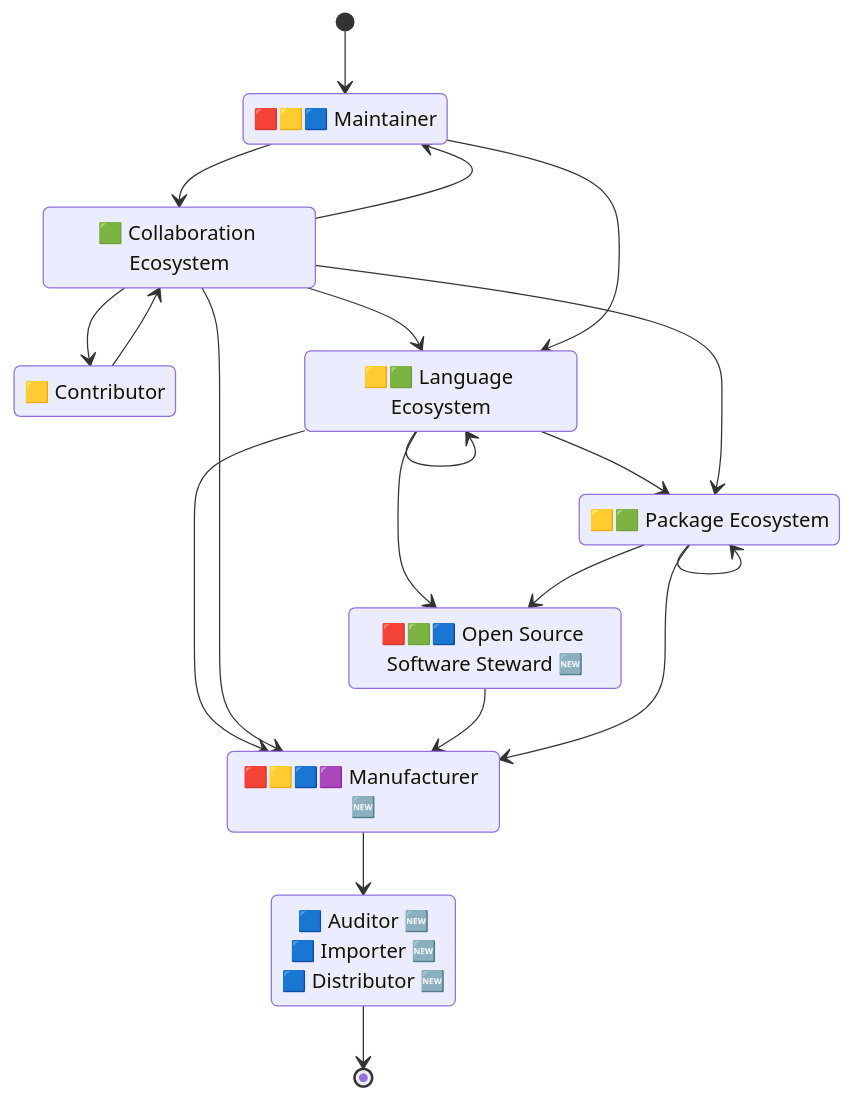
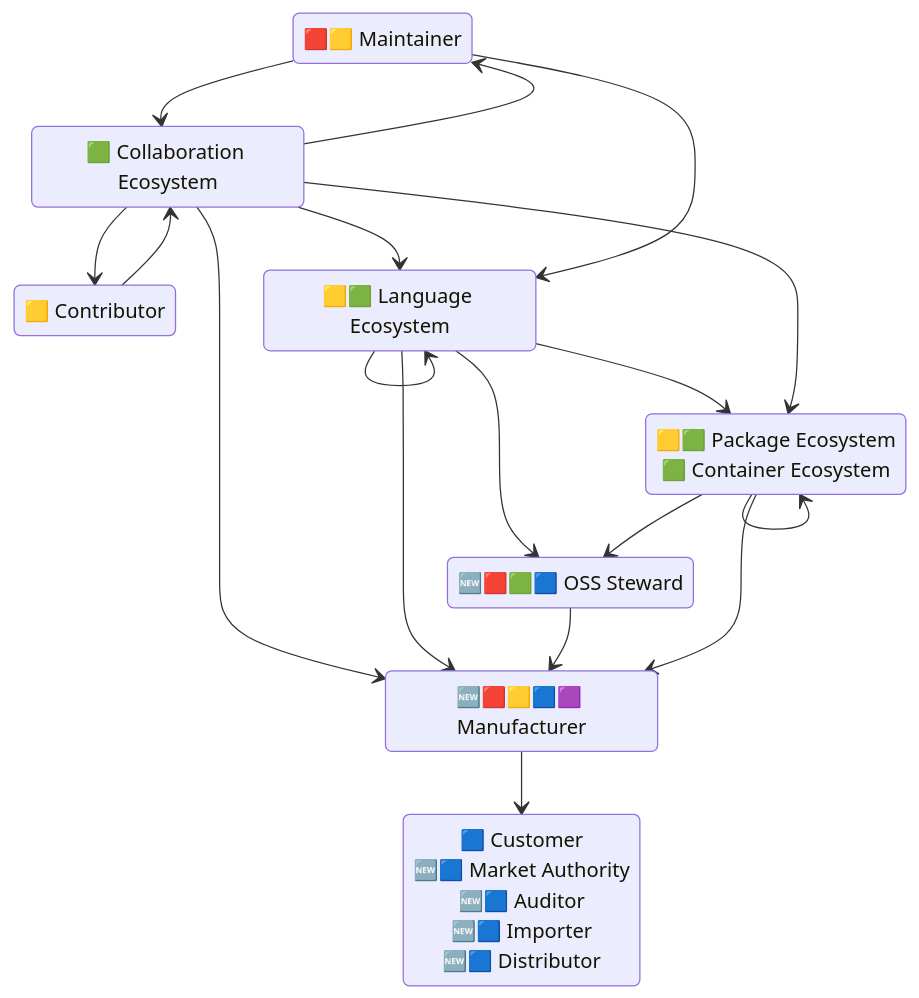
One commit to CPAN-Security/security.metacpan.org changed the second of 6 diagrams in docs/supplychain-sbom.md. Above: the diagram before and after it, drawn with Mermaid.

Commit message:
Update simplified CRA graph to match with FOSDEM talk's graph

````diff
--- a/docs/supplychain-sbom.md
+++ b/docs/supplychain-sbom.md
@@ -126,36 +126,43 @@
 ```mermaid
 stateDiagram-v2
     direction TB
 
-    state "🟥🟨🟦 Maintainer" as environment_maintainer
+    state "🟥🟨 Maintainer" as environment_maintainer
     state "🟨 Contributor" as environment_contributor
     state "🟩 Collaboration Ecosystem" as ecosystem_repo
     state "🟨🟩 Language Ecosystem" as ecosystem_lang
-    state "🟨🟩 Package Ecosystem" as ecosystem_package
-    state "🟥🟩🟦 Open Source Software Steward 🆕" as ecosystem_steward
-    state "🟥🟨🟦🟪 Manufacturer 🆕" as environment_manufacturer
-    state "🟦 Auditor 🆕<br>🟦 Importer 🆕<br>🟦 Distributor 🆕" as authority_auditor
+    state "🟨🟩 Package Ecosystem<br>🟩 Container Ecosystem" as ecosystem_package
+    %%state "🟨🟩 Package Ecosystem" as ecosystem_package
+    %%state "🟩 Container Ecosystem" as ecosystem_container
+    state "🆕🟥🟩🟦 OSS Steward" as ecosystem_steward
+    state "🆕🟥🟨🟦🟪 Manufacturer" as environment_manufacturer
+    state "🟦 Customer<br>🆕🟦 Market Authority<br>🆕🟦 Auditor<br>🆕🟦 Importer<br>🆕🟦 Distributor" as authority_auditor
 
-    [*]                      --> environment_maintainer
+    %%[*]                      --> environment_maintainer
     ecosystem_repo           --> environment_maintainer
-    ecosystem_repo           --> environment_contributor
     ecosystem_lang           --> ecosystem_package
-    ecosystem_lang           --> environment_manufacturer
     ecosystem_repo           --> ecosystem_package
     ecosystem_repo           --> ecosystem_lang
+    %%ecosystem_repo           --> ecosystem_container
     ecosystem_repo           --> environment_manufacturer
+    ecosystem_repo           --> environment_contributor
+    environment_contributor  --> ecosystem_repo
+    environment_maintainer   --> ecosystem_lang
     environment_maintainer   --> ecosystem_repo
-    environment_maintainer   --> ecosystem_lang
-    environment_contributor  --> ecosystem_repo
-    ecosystem_package        --> ecosystem_package
+    %%ecosystem_package        --> ecosystem_container
+    %%ecosystem_lang           --> ecosystem_container
     ecosystem_lang           --> ecosystem_steward
+    ecosystem_lang           --> environment_manufacturer
+    ecosystem_steward        --> environment_manufacturer
     ecosystem_package        --> ecosystem_steward
-    ecosystem_steward        --> environment_manufacturer
+    %%ecosystem_container      --> ecosystem_steward
     environment_manufacturer --> authority_auditor
+    %%ecosystem_container      --> environment_manufacturer
     ecosystem_package        --> environment_manufacturer
     ecosystem_lang           --> ecosystem_lang
-    authority_auditor        --> [*]
+    ecosystem_package        --> ecosystem_package
+    %%authority_auditor        --> [*]
 
-    %% Copyright © 2024 Salve J. Nilsen <sjn@oslo.pm>
+    %% Copyright © 2025 Salve J. Nilsen <sjn@oslo.pm>
     %% Some rights reserved. Licensed CC-BY-SA-4.0
 ```
````
